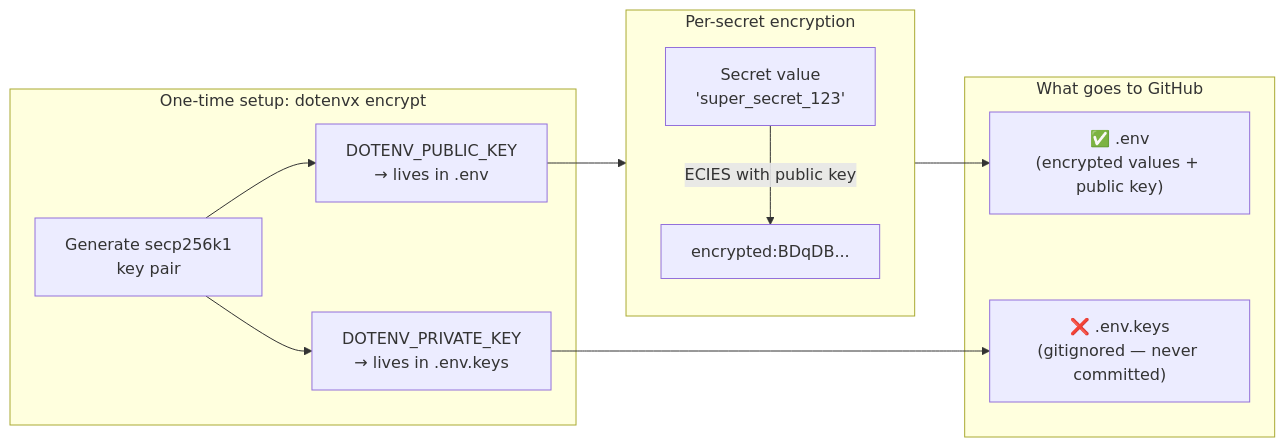
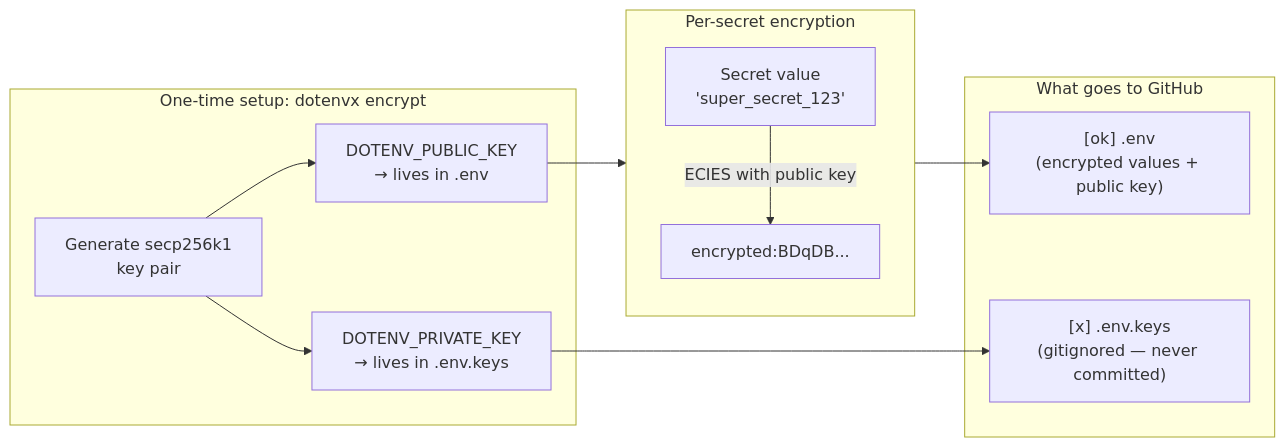
The second of 11 diagrams in public/articles/2026_04_30_encrypting_your_env_with_dotenvx.md (dtg-lucifer/piush.in), drawn with Mermaid before and after one commit. The commit also changed other lines of this file and 1 other file, not shown here.

````diff
--- a/public/articles/2026_04_30_encrypting_your_env_with_dotenvx.md
+++ b/public/articles/2026_04_30_encrypting_your_env_with_dotenvx.md
@@ -200,25 +226,25 @@
 ```mermaid
 flowchart LR
     subgraph Setup["One-time setup: dotenvx encrypt"]
         KP["Generate secp256k1\nkey pair"]
         PUB["DOTENV_PUBLIC_KEY\n→ lives in .env"]
         PRIV["DOTENV_PRIVATE_KEY\n→ lives in .env.keys"]
         KP --> PUB
         KP --> PRIV
     end
 
     subgraph Encrypt["Per-secret encryption"]
         S["Secret value\n'super_secret_123'"]
         E["encrypted:BDqDB..."]
         S -->|"ECIES with public key"| E
     end
 
     subgraph Commit["What goes to GitHub"]
-        CENV["✅ .env\n(encrypted values + public key)"]
-        CKEYS["❌ .env.keys\n(gitignored — never committed)"]
+        CENV["[ok] .env\n(encrypted values + public key)"]
+        CKEYS["[x] .env.keys\n(gitignored — never committed)"]
     end
 
     PUB --> Encrypt
     Encrypt --> CENV
     PRIV --> CKEYS
 ```
````
